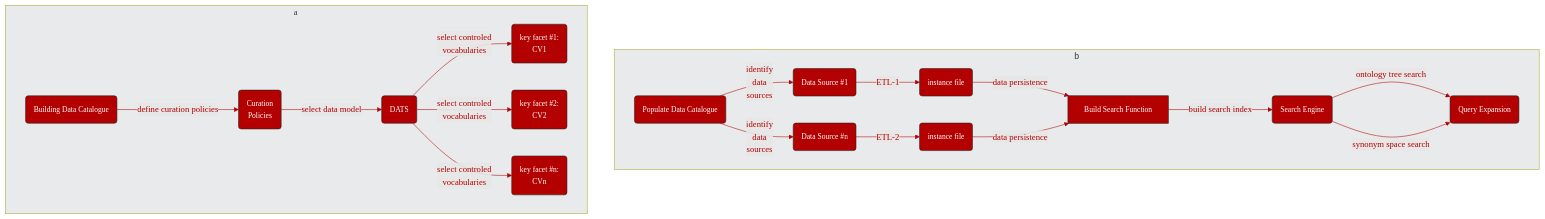
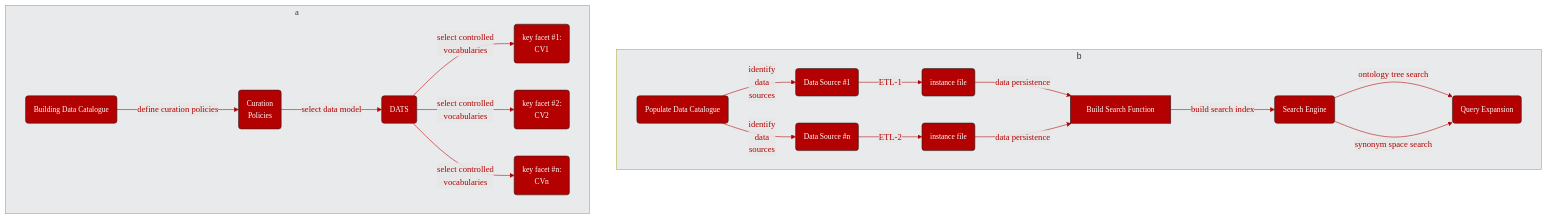
The diagram in content/recipes/infrastructure/data-catalog.md-figure1.mmd (FAIRplus/the-fair-cookbook), drawn with Mermaid before and after one commit. The commit also changed 47 other files, not shown here.

```diff
--- a/content/recipes/infrastructure/data-catalog.md-figure1.mmd
+++ b/content/recipes/infrastructure/data-catalog.md-figure1.mmd
@@ -1,30 +1,30 @@
 graph TD;
   subgraph b
   AA(Populate Data Catalogue):::box
   AA --> |identify<br>data<br>sources| E(Data Source #1):::box
   AA --> |identify<br>data<br>sources| F(Data Source #n):::box
   
   E -->|ETL-1|B1(instance file):::box
   F -->|ETL-2|B2(instance file):::box
 
   B1 -->|data persistence| DL(document oriented database)
   B2 -->|data persistence| DL:::box
 
   DL[Build Search Function] --> |build search index|SE(Search Engine):::box
   SE -->|ontology tree search| SSS(Query Expansion):::box
   SE -->|synonym space search| SSS(Query Expansion)
   end
 
   subgraph a
   A(Building Data Catalogue):::box
   style a fill:#e8eaeb,font-family:avenir
   style b fill:#e8eaeb
   A-->|define curation policies| A3(Curation<br> Policies):::box
   A3-->|select data model| B(DATS):::box
-  B-->|select controled<br> vocabularies| CV1(key facet #1:<br> CV1):::box
-  B-->|select controled<br> vocabularies| CV2(key facet #2:<br> CV2):::box
-  B-->|select controled<br> vocabularies| CV3(key facet #n:<br> CVn):::box
+  B-->|select controlled<br> vocabularies| CV1(key facet #1:<br> CV1):::box
+  B-->|select controlled<br> vocabularies| CV2(key facet #2:<br> CV2):::box
+  B-->|select controlled<br> vocabularies| CV3(key facet #n:<br> CVn):::box
 
   linkStyle 0,1,2,3,4,5,6,7,8,9,10,11,12,13 stroke:#B30000,stroke-width:1px,color:#B30000,font-family:avenir;
   classDef box font-family:avenir,font-size:14px,fill:#B30000,stroke:#222,color:#fff,stroke-width:1px
   end
```
